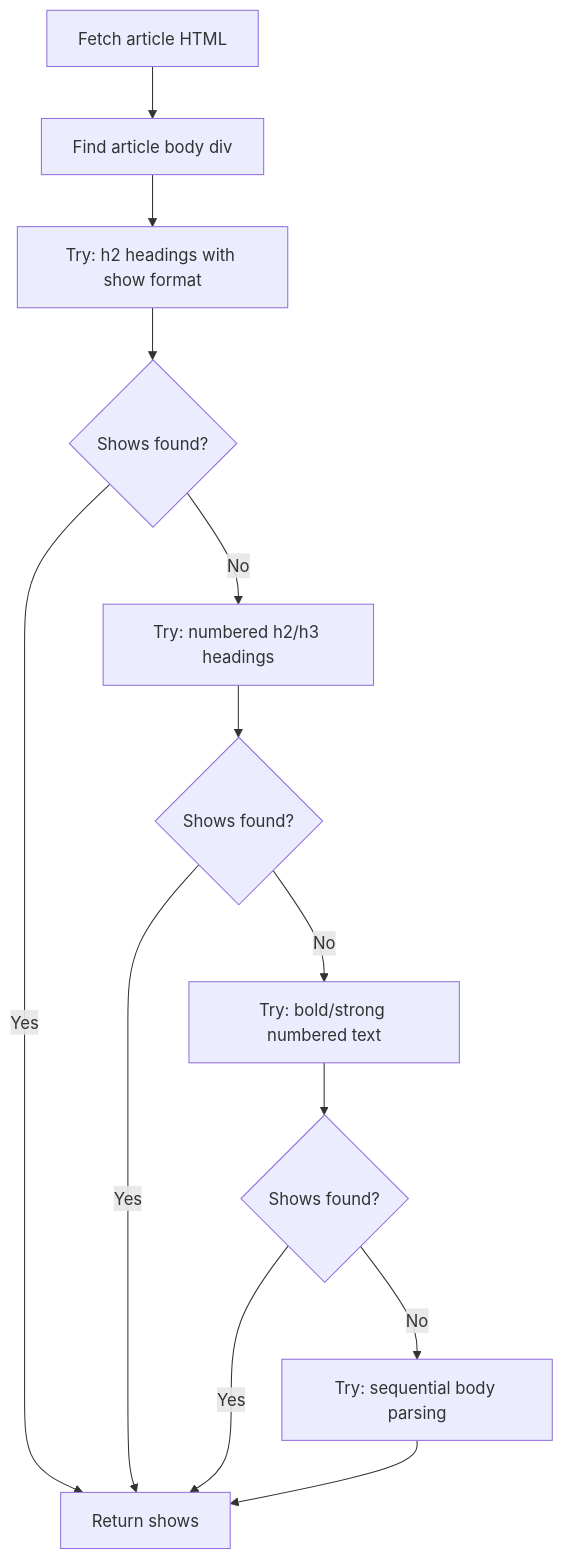
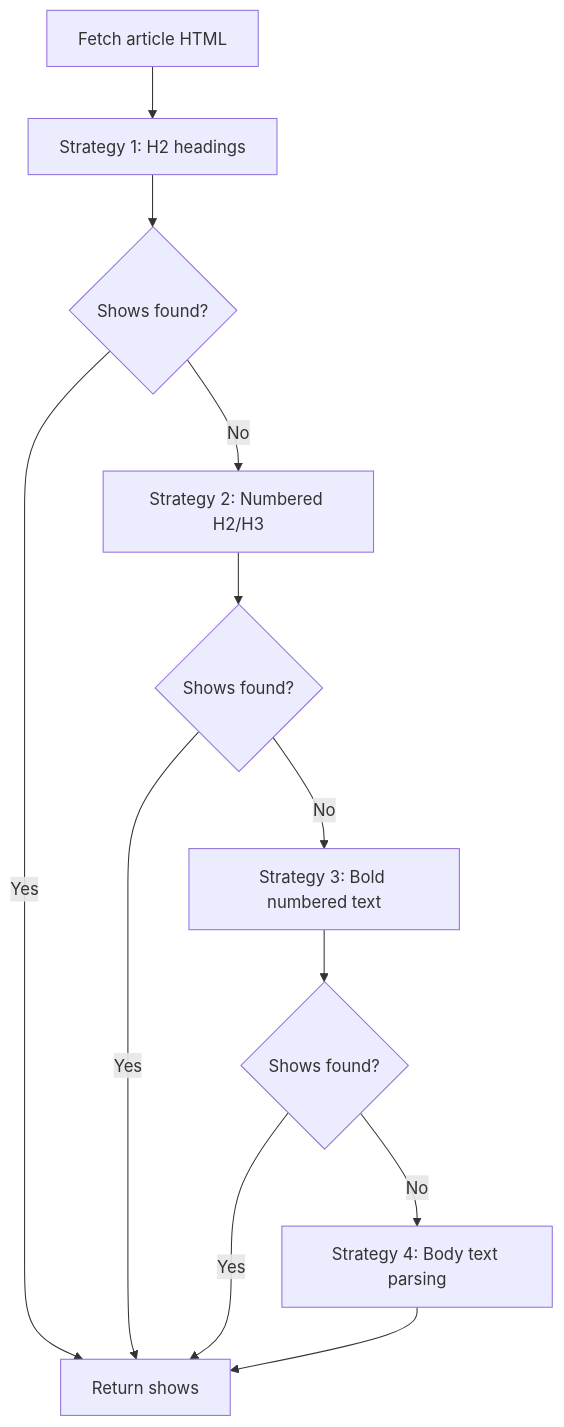
Before and after one commit to frankenwino/guardian-seven-best-shows-monitor: the third of 4 diagrams in .agents/summary/workflows.md, drawn with Mermaid. The commit also changed other lines of this file and 12 other files, not shown here.

````diff
--- a/.agents/summary/workflows.md
+++ b/.agents/summary/workflows.md
@@ -56,15 +54,14 @@
 ```mermaid
 flowchart TD
-    FETCH[Fetch article HTML] --> FIND_BODY[Find article body div]
-    FIND_BODY --> H2[Try: h2 headings with show format]
-    H2 --> H2_FOUND{Shows found?}
-    H2_FOUND -->|Yes| DONE[Return shows]
-    H2_FOUND -->|No| NUMBERED[Try: numbered h2/h3 headings]
-    NUMBERED --> NUM_FOUND{Shows found?}
-    NUM_FOUND -->|Yes| DONE
-    NUM_FOUND -->|No| BOLD[Try: bold/strong numbered text]
-    BOLD --> BOLD_FOUND{Shows found?}
-    BOLD_FOUND -->|Yes| DONE
-    BOLD_FOUND -->|No| BODY[Try: sequential body parsing]
-    BODY --> DONE
+    FETCH[Fetch article HTML] --> S1[Strategy 1: H2 headings]
+    S1 --> FOUND1{Shows found?}
+    FOUND1 -->|Yes| DONE[Return shows]
+    FOUND1 -->|No| S2[Strategy 2: Numbered H2/H3]
+    S2 --> FOUND2{Shows found?}
+    FOUND2 -->|Yes| DONE
+    FOUND2 -->|No| S3[Strategy 3: Bold numbered text]
+    S3 --> FOUND3{Shows found?}
+    FOUND3 -->|Yes| DONE
+    FOUND3 -->|No| S4[Strategy 4: Body text parsing]
+    S4 --> DONE
 ```
````
